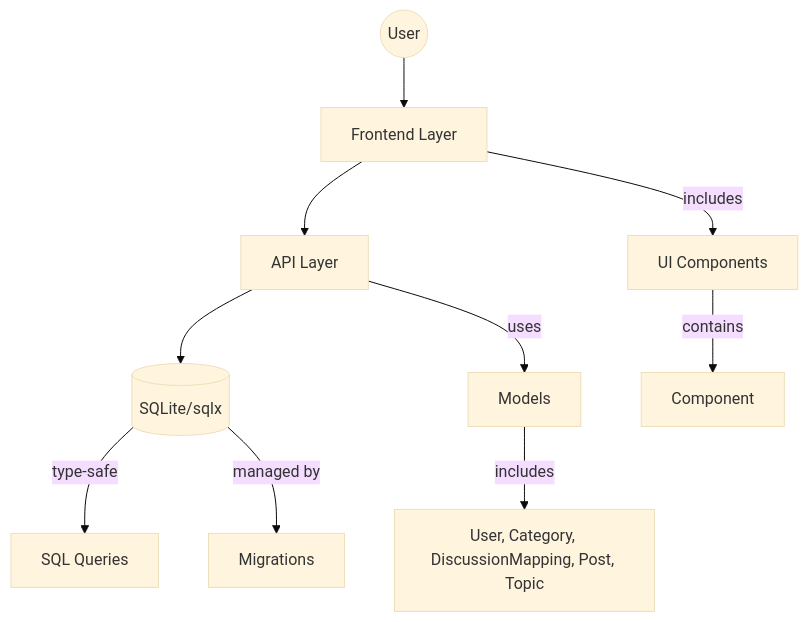
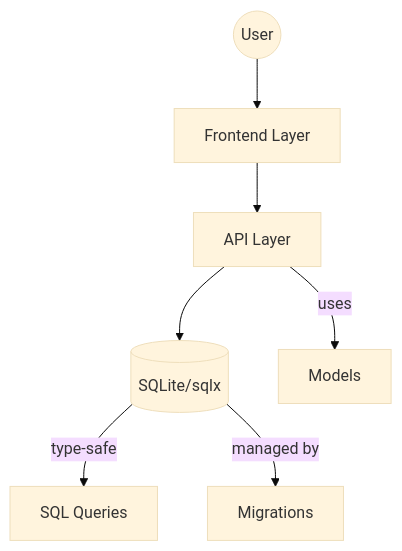
The diagram in docs/system_architecture.md (ordokr/LMS), drawn with Mermaid (base theme) before and after one commit. The commit also changed other lines of this file and 682 other files, not shown here.

````diff
--- a/docs/system_architecture.md
+++ b/docs/system_architecture.md
@@ -68,12 +56,9 @@
 ```mermaid
 flowchart TB
     User((User)) --> FE[Frontend Layer]
     FE --> API[API Layer]
     API --> DB[(SQLite/sqlx)]
-    FE --> |includes| UI[UI Components]
-    UI --> |contains| FE_COMP[Component]
     API --> |uses| MODELS[Models]
-    MODELS --> |includes| MODEL_LIST[User, Category, DiscussionMapping, Post, Topic]
     DB --> |type-safe| SQL[SQL Queries]
     DB --> |managed by| MIGRATIONS[Migrations]
 ```
````
